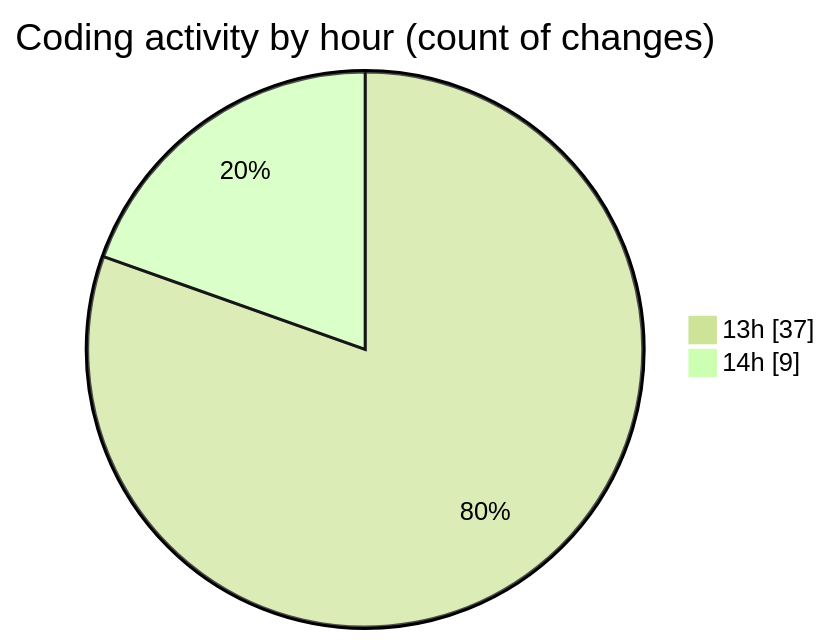
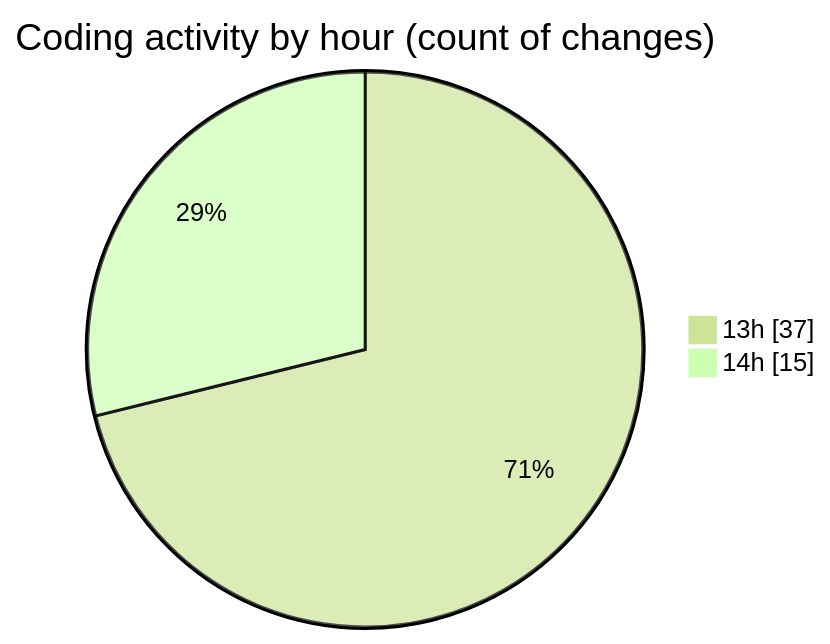
Before and after one commit to Unknowalive/code-tracking: the second of 2 diagrams in 2026-04-11/scripting_workshop/README.md, drawn with Mermaid (forest theme). The commit also changed other lines of this file and 1 other file, not shown here.

````diff
--- a/2026-04-11/scripting_workshop/README.md
+++ b/2026-04-11/scripting_workshop/README.md
@@ -54,6 +60,6 @@
 ```mermaid
 pie showData
 title Coding activity by hour (count of changes)
 "13h" : 37
-"14h" : 9
+"14h" : 15
 ```
````
